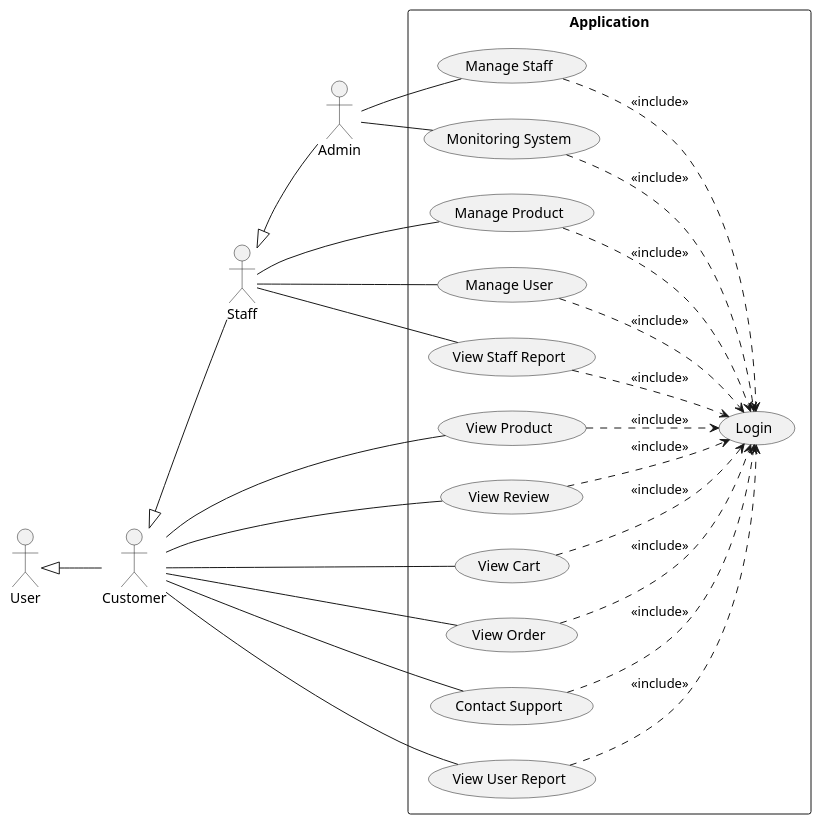
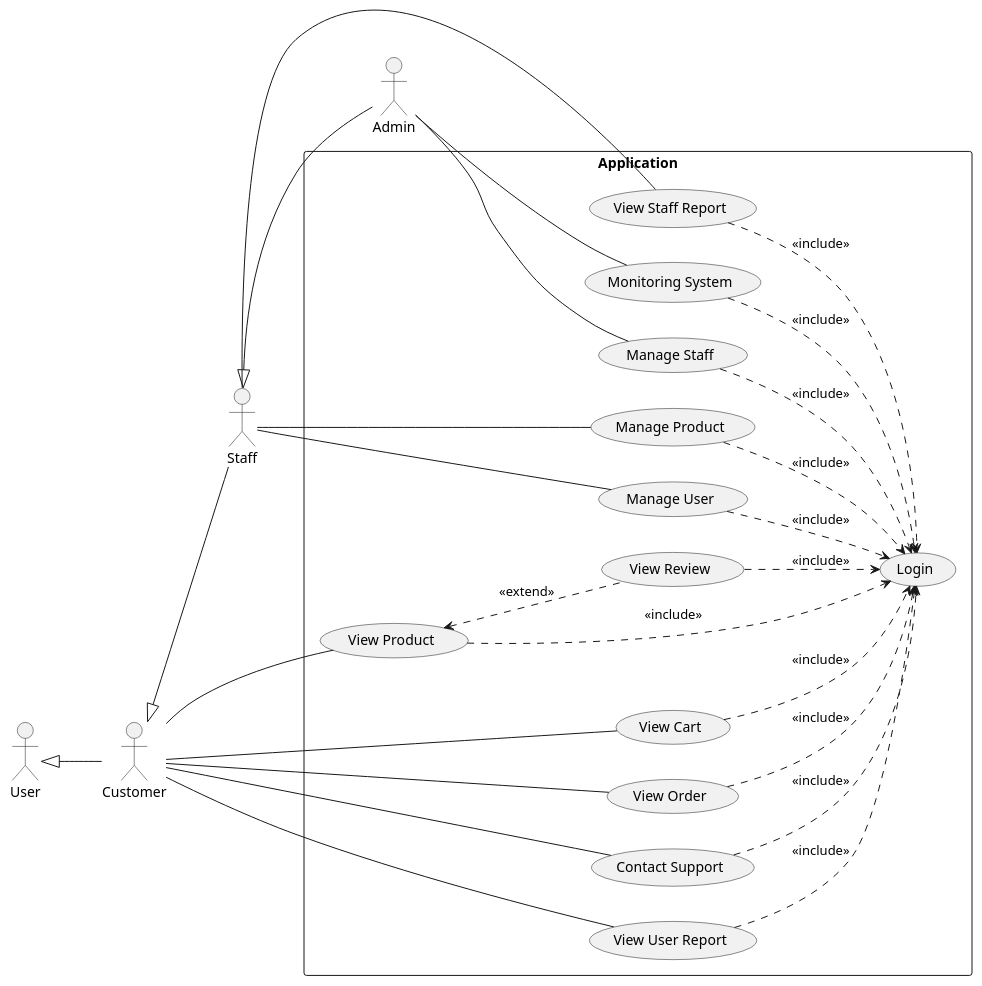
Before and after one commit to electricilies/electricilies.github.io: the first of 2 diagrams in docs/docs/usecase/user.md, drawn with PlantUML.

Commit message:
fix(user): review product need view product

````diff
--- a/docs/docs/usecase/user.md
+++ b/docs/docs/usecase/user.md
@@ -5,54 +5,54 @@
 ```plantuml
 @startuml
 left to right direction
 
 actor User
 actor Customer
 actor Staff
 actor Admin
 
 User <|-- Customer
 Customer <|-- Staff
 Staff <|-- Admin
 
 rectangle "Application" {
   usecase UC01 as "Login"
   usecase UC02 as "View Product"
   usecase UC03 as "View Review"
   usecase UC04 as "View Cart"
   usecase UC05 as "View Order"
   usecase UC06 as "Contact Support"
   usecase UC07 as "View User Report"
   usecase UC08 as "Manage Product"
   usecase UC09 as "Manage User"
   usecase UC10 as "View Staff Report"
   usecase UC11 as "Manage Staff"
   usecase UC12 as "Monitoring System"
 }
 
 Customer -- UC02
-Customer -- UC03
 Customer -- UC04
 Customer -- UC05
 Customer -- UC06
 Customer -- UC07
 Staff -- UC08
 Staff -- UC09
 Staff -- UC10
 Admin -- UC11
 Admin -- UC12
 
 UC02 ..> UC01 : <<include>>
+UC02 <.. UC03 : <<extend>>
 UC03 ..> UC01 : <<include>>
 UC04 ..> UC01 : <<include>>
 UC05 ..> UC01 : <<include>>
 UC06 ..> UC01 : <<include>>
 UC07 ..> UC01 : <<include>>
 UC08 ..> UC01 : <<include>>
 UC09 ..> UC01 : <<include>>
 UC10 ..> UC01 : <<include>>
 UC11 ..> UC01 : <<include>>
 UC12 ..> UC01 : <<include>>
 
 @enduml
 ```
````
